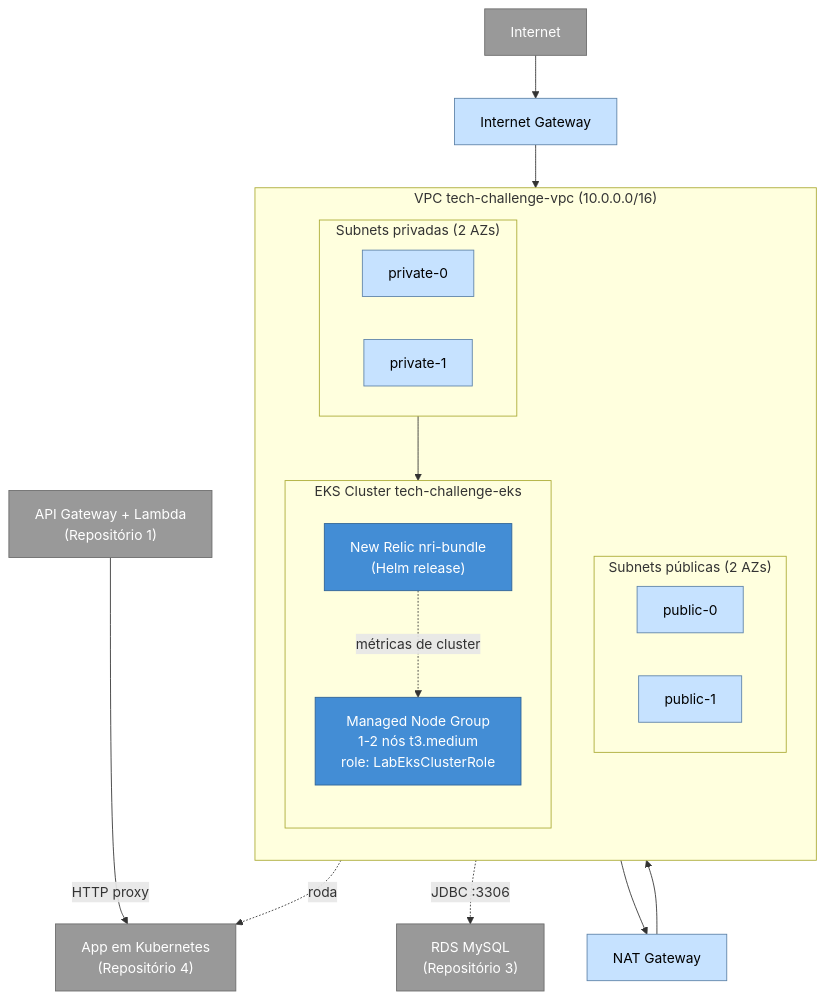
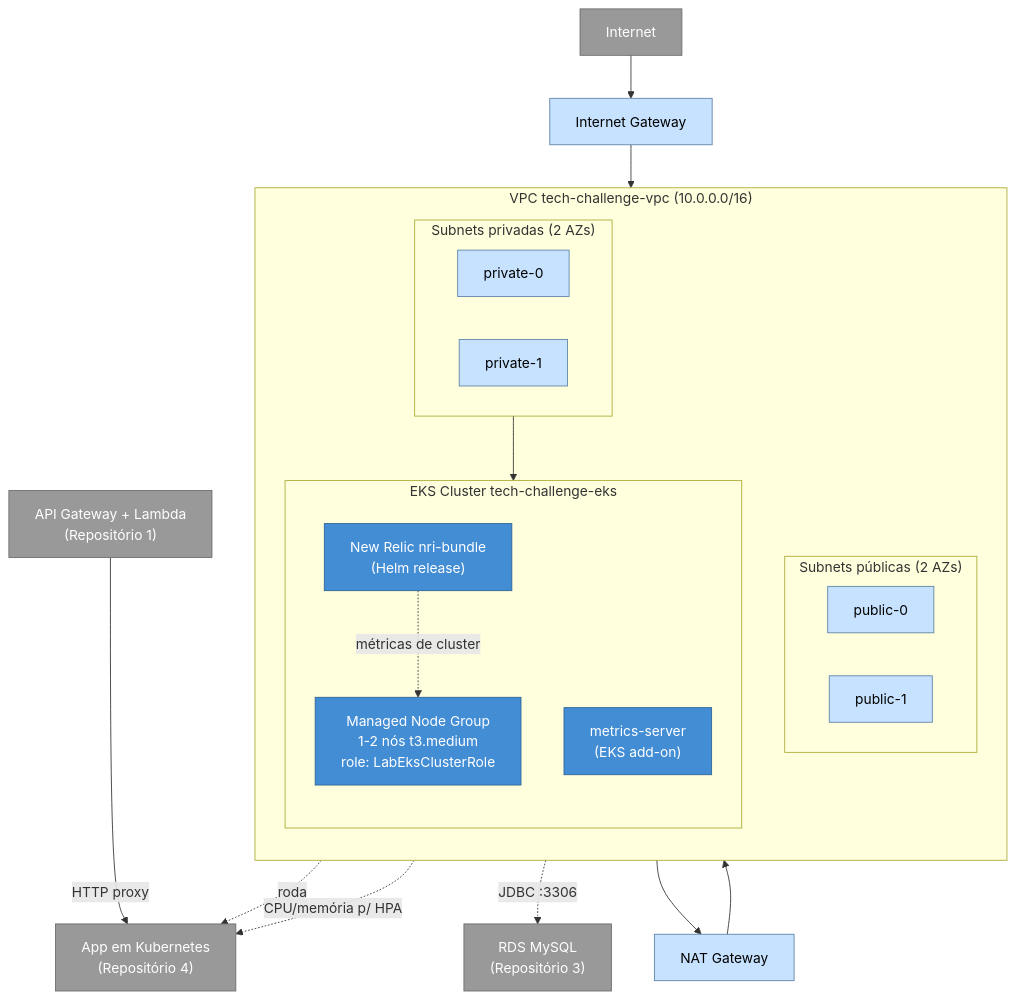
One commit to Adriana-Meyer/fiap-tech-challenge-kubernetes-infrastructure changed the diagram in README.md. Above: the diagram before and after it, drawn with Mermaid. The commit also changed other lines of this file and 1 other file, not shown here.

Commit message:
feat(eks): add metrics-server so the app's HPA can actually scale (#6)

````diff
--- a/README.md
+++ b/README.md
@@ -18,43 +19,45 @@
 ```mermaid
 flowchart TB
     classDef vpc fill:#e8e8e8,stroke:#888,color:#000
     classDef subnet fill:#c6e2ff,stroke:#5d82a8,color:#000
     classDef eks fill:#438dd5,stroke:#2e6295,color:#fff
     classDef ext fill:#999999,stroke:#6b6b6b,color:#fff
 
     Internet["Internet"]:::ext
     IGW["Internet Gateway"]:::subnet
     NAT["NAT Gateway"]:::subnet
 
     subgraph VPC["VPC tech-challenge-vpc (10.0.0.0/16)"]
         direction TB
         subgraph Public["Subnets públicas (2 AZs)"]
             direction LR
             PubA["public-0"]:::subnet
             PubB["public-1"]:::subnet
         end
         subgraph Private["Subnets privadas (2 AZs)"]
             direction LR
             PrivA["private-0"]:::subnet
             PrivB["private-1"]:::subnet
         end
 
         subgraph EKS["EKS Cluster tech-challenge-eks"]
             direction TB
             NodeGroup["Managed Node Group<br/>1-2 nós t3.medium<br/>role: LabEksClusterRole"]:::eks
             NewRelicDaemon["New Relic nri-bundle<br/>(Helm release)"]:::eks
+            MetricsServer["metrics-server<br/>(EKS add-on)"]:::eks
         end
     end
 
     RDS_Repo3["RDS MySQL<br/>(Repositório 3)"]:::ext
     APIGW_Repo1["API Gateway + Lambda<br/>(Repositório 1)"]:::ext
     App_Repo4["App em Kubernetes<br/>(Repositório 4)"]:::ext
 
     Internet --> IGW --> Public
     Public --> NAT --> Private
     Private --> NodeGroup
     NodeGroup -. "roda" .-> App_Repo4
     NodeGroup -. "JDBC :3306" .-> RDS_Repo3
     APIGW_Repo1 -- "HTTP proxy" --> App_Repo4
     NewRelicDaemon -. "métricas de cluster" .-> NodeGroup
+    MetricsServer -. "CPU/memória p/ HPA" .-> App_Repo4
 ```
````
